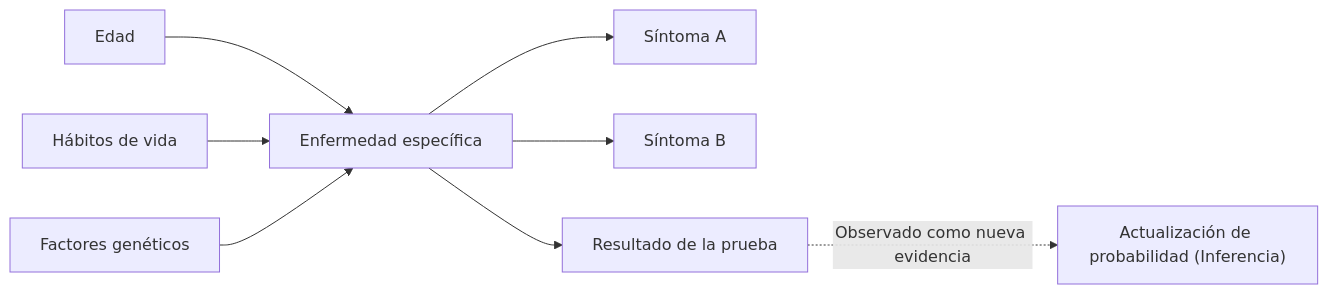
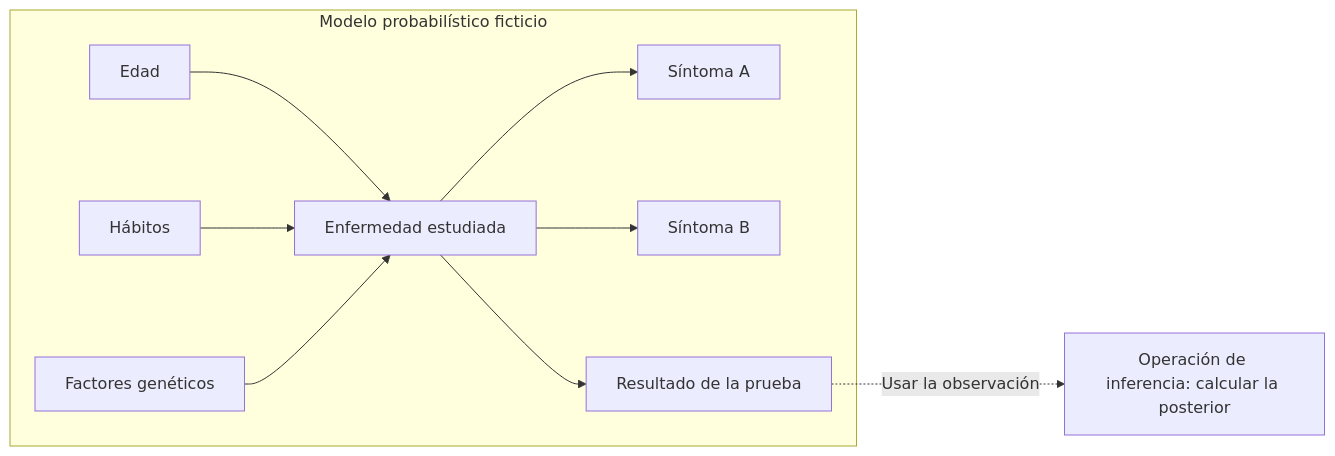
One commit to kenjinote/blog changed the second of 2 diagrams in content/post/bayes-theorem/index.es.md. Above: the diagram before and after it, drawn with Mermaid. The commit also changed other lines of this file and 8 other files, not shown here.

````diff
--- a/content/post/bayes-theorem/index.es.md
+++ b/content/post/bayes-theorem/index.es.md
@@ -116,12 +161,12 @@
 ```mermaid
 flowchart LR
-    Age["Edad"] --> Disease["Enfermedad específica"]
-    Lifestyle["Hábitos de vida"] --> Disease
-    Genes["Factores genéticos"] --> Disease
-    
-    Disease --> SymptomA["Síntoma A"]
-    Disease --> SymptomB["Síntoma B"]
-    Disease --> TestResult["Resultado de la prueba"]
-    
-    TestResult -.->|"Observado como nueva evidencia"| Update["Actualización de probabilidad (Inferencia)"]
+    subgraph Model["Modelo probabilístico ficticio"]
+        Age["Edad"] --> Disease["Enfermedad estudiada"]
+        Lifestyle["Hábitos"] --> Disease
+        Genes["Factores genéticos"] --> Disease
+        Disease --> SymptomA["Síntoma A"]
+        Disease --> SymptomB["Síntoma B"]
+        Disease --> TestResult["Resultado de la prueba"]
+    end
+    TestResult -.->|"Usar la observación"| Inference["Operación de inferencia: calcular la posterior"]
 ```
````
